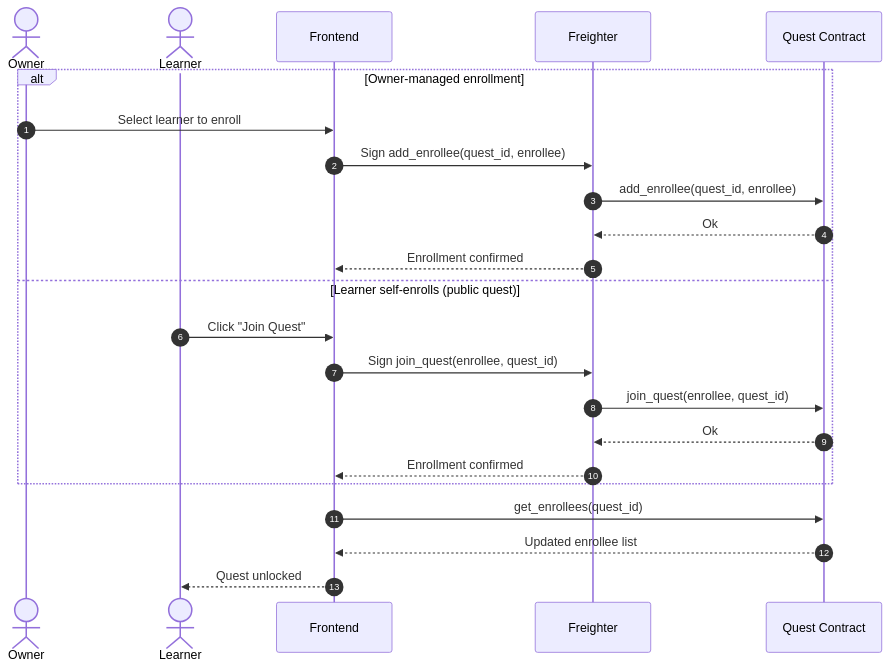
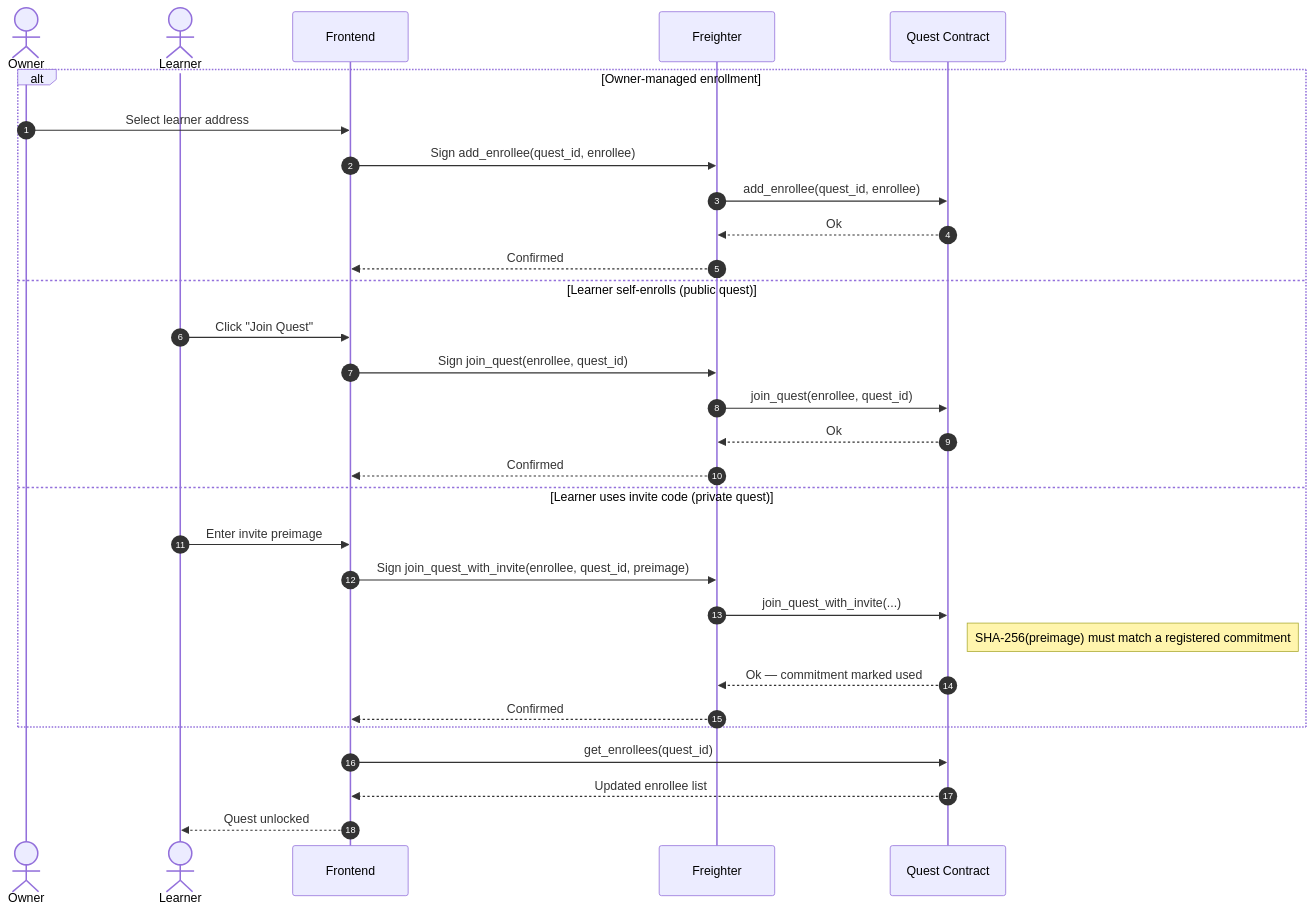
One commit to lernza/lernza changed the second of 7 diagrams in docs/ARCHITECTURE.md. Above: the diagram before and after it, drawn with Mermaid. The commit also changed other lines of this file and 9 other files, not shown here.

````diff
--- a/docs/ARCHITECTURE.md
+++ b/docs/ARCHITECTURE.md
@@ -74,27 +87,34 @@
 ```mermaid
 sequenceDiagram
     autonumber
     actor Owner
     actor Learner
     participant FE as Frontend
     participant Wallet as Freighter
     participant Quest as Quest Contract
 
     alt Owner-managed enrollment
-        Owner->>FE: Select learner to enroll
+        Owner->>FE: Select learner address
         FE->>Wallet: Sign add_enrollee(quest_id, enrollee)
         Wallet->>Quest: add_enrollee(quest_id, enrollee)
         Quest-->>Wallet: Ok
-        Wallet-->>FE: Enrollment confirmed
+        Wallet-->>FE: Confirmed
     else Learner self-enrolls (public quest)
         Learner->>FE: Click "Join Quest"
         FE->>Wallet: Sign join_quest(enrollee, quest_id)
         Wallet->>Quest: join_quest(enrollee, quest_id)
         Quest-->>Wallet: Ok
-        Wallet-->>FE: Enrollment confirmed
+        Wallet-->>FE: Confirmed
+    else Learner uses invite code (private quest)
+        Learner->>FE: Enter invite preimage
+        FE->>Wallet: Sign join_quest_with_invite(enrollee, quest_id, preimage)
+        Wallet->>Quest: join_quest_with_invite(...)
+        Note right of Quest: SHA-256(preimage) must match a registered commitment
+        Quest-->>Wallet: Ok — commitment marked used
+        Wallet-->>FE: Confirmed
     end
 
     FE->>Quest: get_enrollees(quest_id)
     Quest-->>FE: Updated enrollee list
     FE-->>Learner: Quest unlocked
 ```
````
